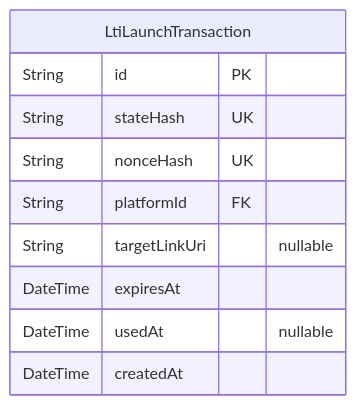
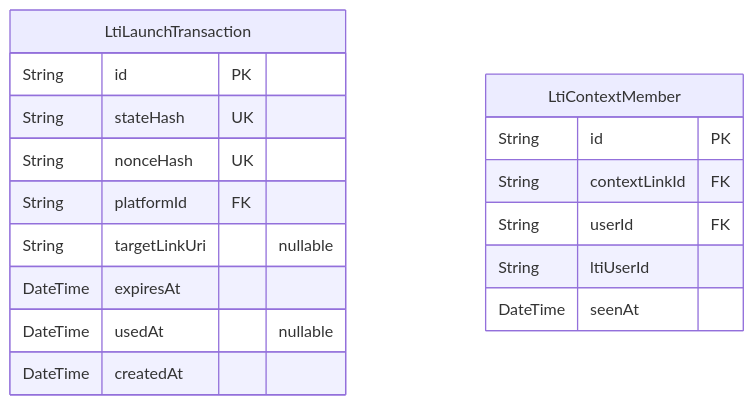
The sixth of 6 diagrams in docs-site/docs/reference/database-schema.md (PennStateCS/AFCT), drawn with Mermaid before and after one commit. The commit also changed other lines of this file and 13 other files, not shown here.

````diff
--- a/docs-site/docs/reference/database-schema.md
+++ b/docs-site/docs/reference/database-schema.md
@@ -1109,13 +1119,20 @@
 ```mermaid
 erDiagram
 "LtiLaunchTransaction" {
   String id PK
   String stateHash UK
   String nonceHash UK
   String platformId FK
   String targetLinkUri "nullable"
   DateTime expiresAt
   DateTime usedAt "nullable"
   DateTime createdAt
 }
+"LtiContextMember" {
+  String id PK
+  String contextLinkId FK
+  String userId FK
+  String ltiUserId
+  DateTime seenAt
+}
 ```
````
